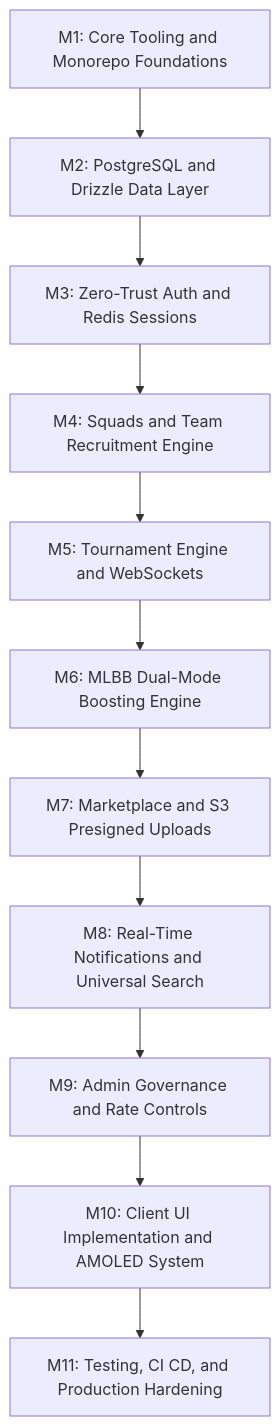
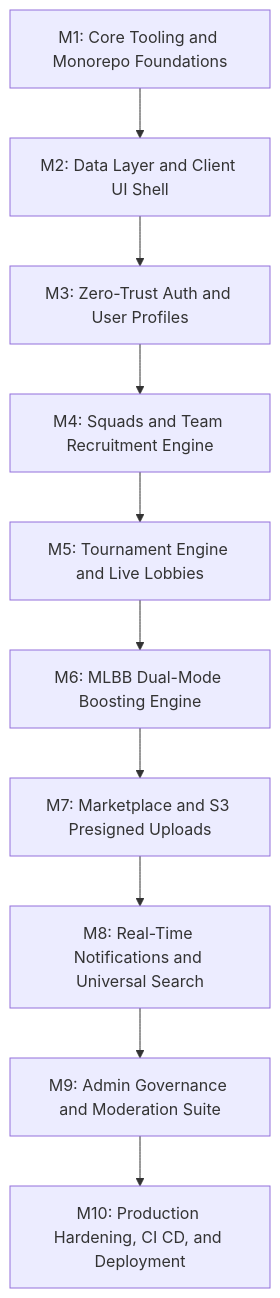
One commit to hrutavmodha/smex-store changed the diagram in docs/internal/roadmap.md. Above: the diagram before and after it, drawn with Mermaid. The commit also changed other lines of this file and 3 other files, not shown here.

Commit message:
refined roadmap

````diff
--- a/docs/internal/roadmap.md
+++ b/docs/internal/roadmap.md
@@ -32,13 +34,12 @@
 ```mermaid
 flowchart TD
-    M1["M1: Core Tooling and Monorepo Foundations"] --> M2["M2: PostgreSQL and Drizzle Data Layer"]
-    M2 --> M3["M3: Zero-Trust Auth and Redis Sessions"]
+    M1["M1: Core Tooling and Monorepo Foundations"] --> M2["M2: Data Layer and Client UI Shell"]
+    M2 --> M3["M3: Zero-Trust Auth and User Profiles"]
     M3 --> M4["M4: Squads and Team Recruitment Engine"]
-    M4 --> M5["M5: Tournament Engine and WebSockets"]
+    M4 --> M5["M5: Tournament Engine and Live Lobbies"]
     M5 --> M6["M6: MLBB Dual-Mode Boosting Engine"]
     M6 --> M7["M7: Marketplace and S3 Presigned Uploads"]
     M7 --> M8["M8: Real-Time Notifications and Universal Search"]
-    M8 --> M9["M9: Admin Governance and Rate Controls"]
-    M9 --> M10["M10: Client UI Implementation and AMOLED System"]
-    M10 --> M11["M11: Testing, CI CD, and Production Hardening"]
+    M8 --> M9["M9: Admin Governance and Moderation Suite"]
+    M9 --> M10["M10: Production Hardening, CI CD, and Deployment"]
 ```
````
